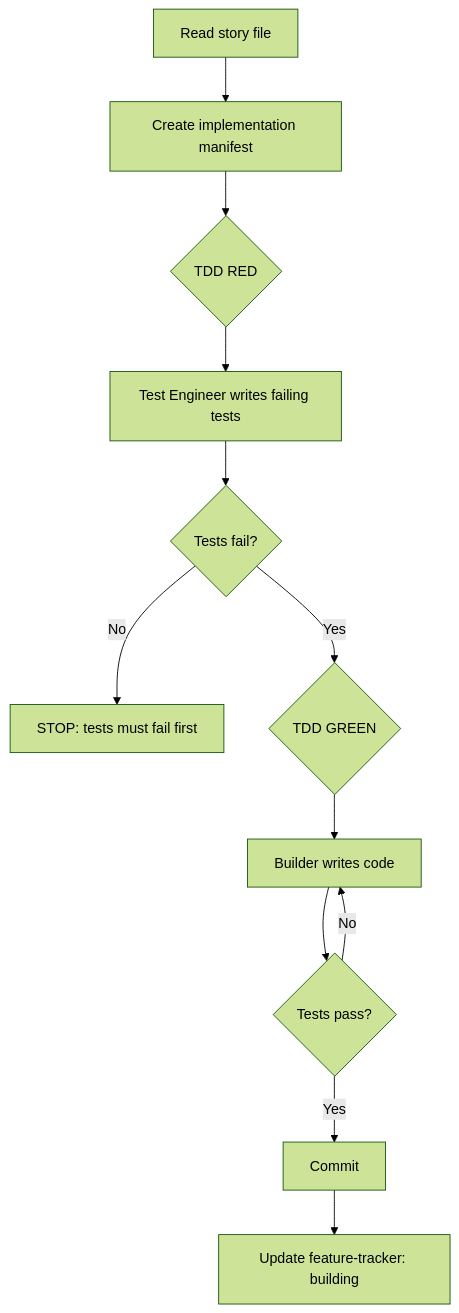
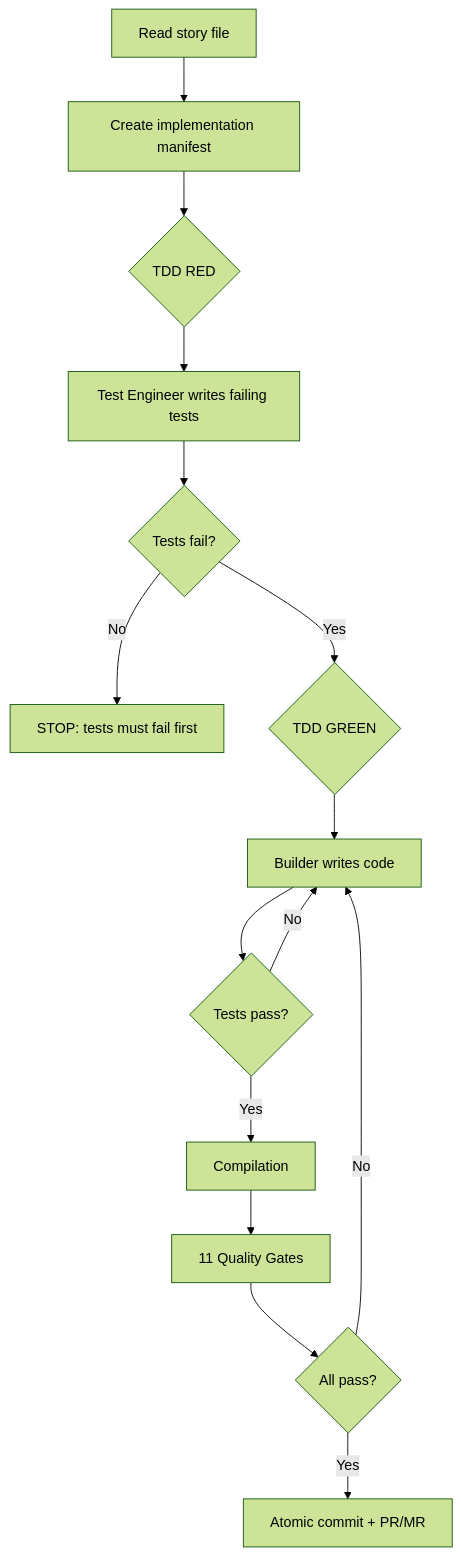
Before and after one commit to tipyaf/ai-spec-driven-generator: the third of 6 diagrams in _docs/process.md, drawn with Mermaid (forest theme). The commit also changed other lines of this file and 27 other files, not shown here.

First line of the commit message:
feat: v4.1.0 — 11 quality gates, wireframe HTML gate, atomic commits, TDD RED/GREEN pipeline

````diff
--- a/_docs/process.md
+++ b/_docs/process.md
@@ -83,14 +90,17 @@
 ```mermaid
 flowchart TD
     A[Read story file] --> B[Create implementation manifest]
     B --> C{TDD RED}
     C --> D[Test Engineer writes failing tests]
     D --> E{Tests fail?}
     E -->|No| F[STOP: tests must fail first]
     E -->|Yes| G{TDD GREEN}
     G --> H[Builder writes code]
     H --> I{Tests pass?}
     I -->|No| H
-    I -->|Yes| J[Commit]
-    J --> K[Update feature-tracker: building]
+    I -->|Yes| J[Compilation]
+    J --> K[11 Quality Gates]
+    K --> L{All pass?}
+    L -->|Yes| M[Atomic commit + PR/MR]
+    L -->|No| H
 ```
````
